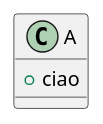
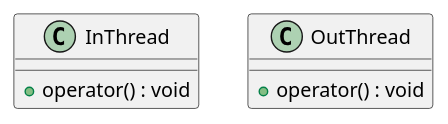
The third of 3 diagrams in docs/Class diagrams.md (aleoli/Shared-Editor), drawn with PlantUML before and after one commit. The commit also changed other lines of this file, not shown here.

Commit message:
Update Class diagrams.md

```diff
--- a/docs/Class diagrams.md
+++ b/docs/Class diagrams.md
@@ -35,5 +85,11 @@
 @startuml
-class A {
- +ciao 
+class InThread {
++ operator() : void
+
+}
+
+class OutThread {
++ operator() : void
+
 }
 @enduml
```
